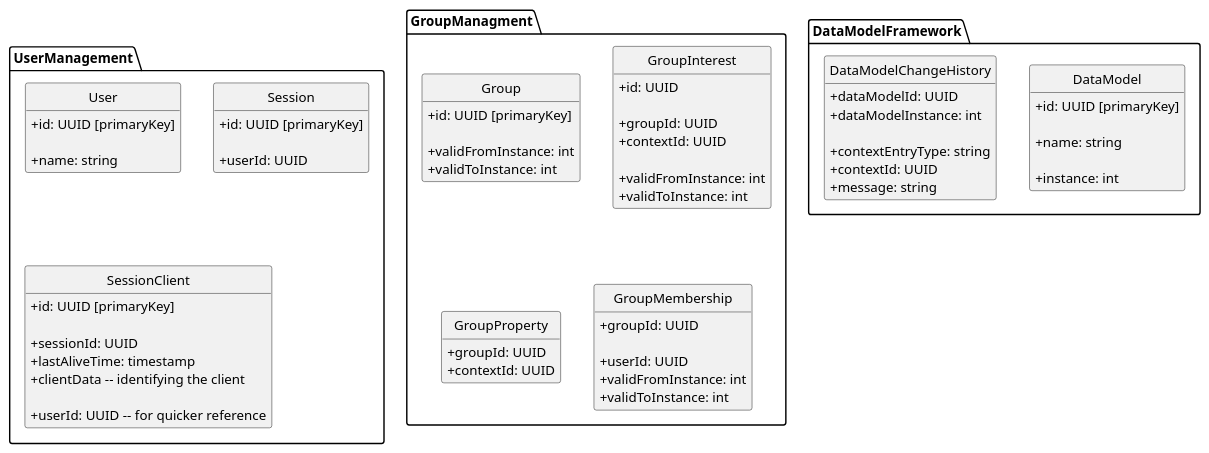
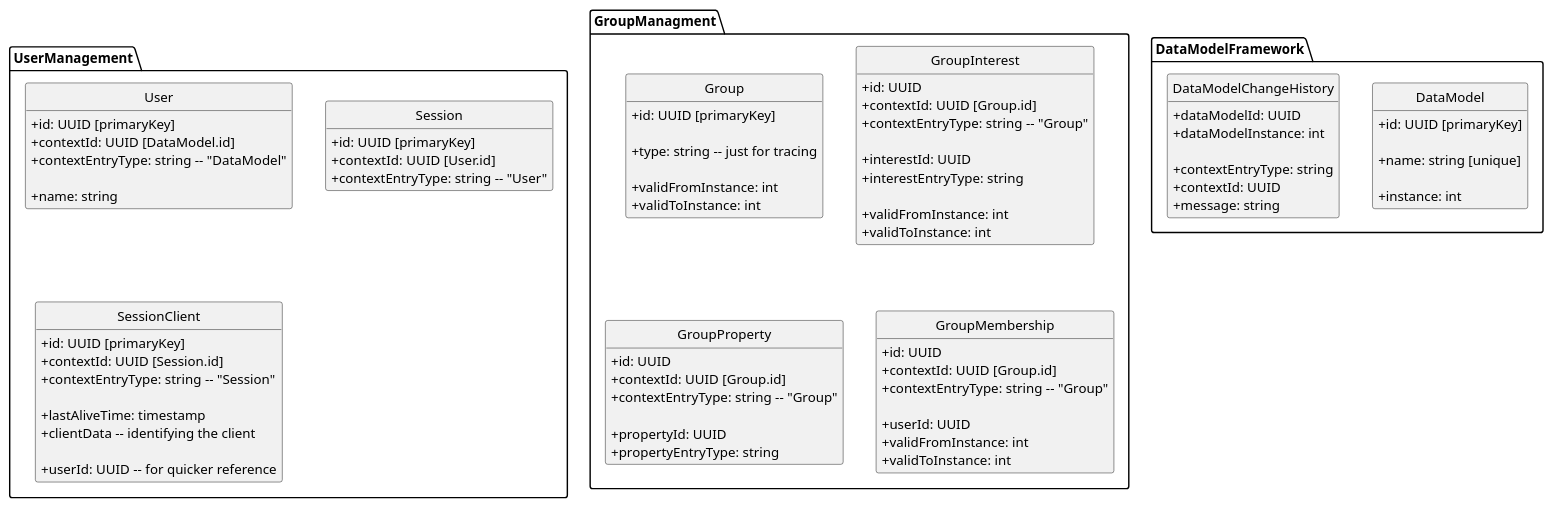
One commit to dertseha/eve-upro changed the diagram in eve-upro/uml/DataBase_Basic.plantuml. Above: the diagram before and after it, drawn with PlantUML. The commit also changed 34 other files, not shown here.

Commit message:
#9 Created Command/Notification interfaces, extended access - Created cmd package under dataModel - Extended WriteAccess interface - Refined UML diagrams, context is now nearly everywhere

```diff
--- a/eve-upro/uml/DataBase_Basic.plantuml
+++ b/eve-upro/uml/DataBase_Basic.plantuml
@@ -1,89 +1,102 @@
 @startuml
 skinparam classAttributeIconSize 0
 hide empty members
 hide circle
 
 package DataModelFramework {
 
 class DataModel {
    + id: UUID [primaryKey]
 
-   + name: string
+   + name: string [unique]
 
    + instance: int
 }
 
 class DataModelChangeHistory {
    + dataModelId: UUID
    + dataModelInstance: int
 
    + contextEntryType: string   
    + contextId: UUID
    + message: string
 }
 
 }
 
 package UserManagement {
 
 class User {
    + id: UUID [primaryKey]
+   + contextId: UUID [DataModel.id]
+   + contextEntryType: string -- "DataModel"
 
    + name: string
 }
 
 class Session {
    + id: UUID [primaryKey]
-
-   + userId: UUID
+   + contextId: UUID [User.id]
+   + contextEntryType: string -- "User"
 }
 
 class SessionClient {
    + id: UUID [primaryKey]
+   + contextId: UUID [Session.id]
+   + contextEntryType: string -- "Session"
 
-   + sessionId: UUID
    + lastAliveTime: timestamp
    + clientData -- identifying the client
    
    + userId: UUID -- for quicker reference
 }
 
 }
 
 package GroupManagment {
 
 class Group {
    + id: UUID [primaryKey]
    
+   + type: string -- just for tracing
+   
    + validFromInstance: int
    + validToInstance: int
 }
 
 class GroupInterest {
    + id: UUID
+   + contextId: UUID [Group.id]
+   + contextEntryType: string -- "Group"
    
-   + groupId: UUID
-   + contextId: UUID
+   + interestId: UUID
+   + interestEntryType: string
    
    + validFromInstance: int
    + validToInstance: int
 }
 
 class GroupProperty {
-   + groupId: UUID
-   + contextId: UUID
+   + id: UUID
+   + contextId: UUID [Group.id]
+   + contextEntryType: string -- "Group"
+
+   + propertyId: UUID
+   + propertyEntryType: string
 }
 
 class GroupMembership {
-   + groupId: UUID
+   + id: UUID
+   + contextId: UUID [Group.id]
+   + contextEntryType: string -- "Group"
    
    + userId: UUID
    + validFromInstance: int
    + validToInstance: int
 }
 
 
 }
 
 
 @enduml
```
